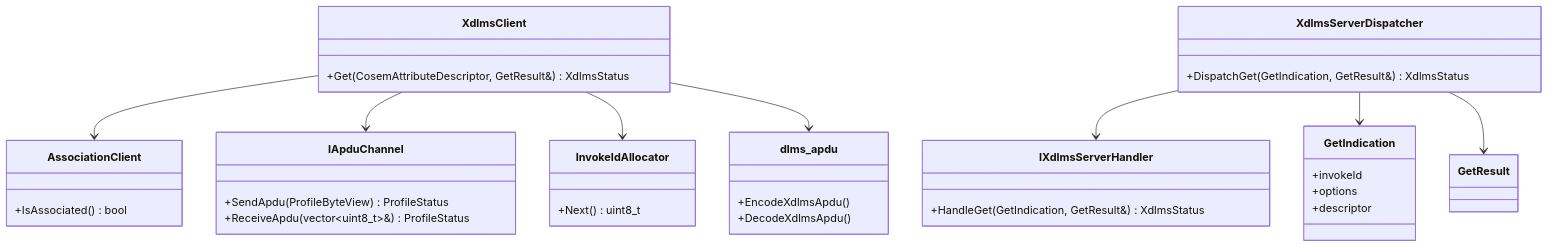
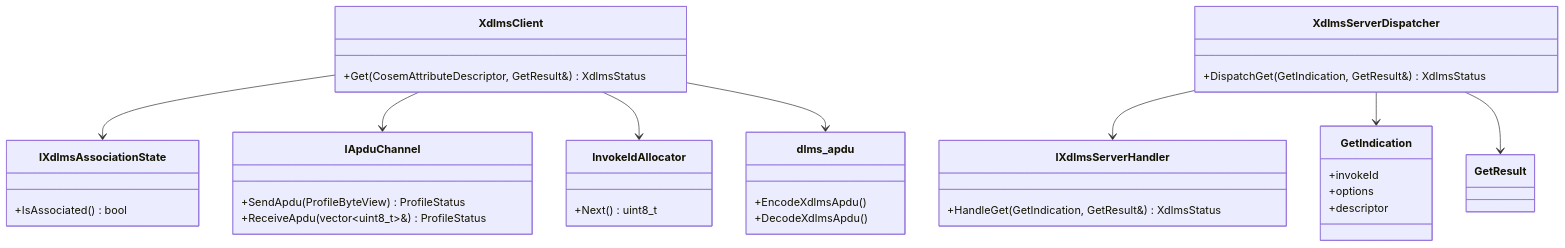
One commit to gvtret/dlms-xdlms changed the third of 14 diagrams in docs/architecture.md. Above: the diagram before and after it, drawn with Mermaid. The commit also changed other lines of this file and 10 other files, not shown here.

First line of the commit message:
feat(xdlms): add abstract association state port

````diff
--- a/docs/architecture.md
+++ b/docs/architecture.md
@@ -45,46 +45,46 @@
 ```mermaid
 classDiagram
   class XdlmsClient {
     +Get(CosemAttributeDescriptor, GetResult&) XdlmsStatus
   }
 
-  class AssociationClient {
+  class IXdlmsAssociationState {
     +IsAssociated() bool
   }
 
   class IApduChannel {
     +SendApdu(ProfileByteView) ProfileStatus
     +ReceiveApdu(vector~uint8_t~&) ProfileStatus
   }
 
   class InvokeIdAllocator {
     +Next() uint8_t
   }
 
   class XdlmsServerDispatcher {
     +DispatchGet(GetIndication, GetResult&) XdlmsStatus
   }
 
   class IXdlmsServerHandler {
     +HandleGet(GetIndication, GetResult&) XdlmsStatus
   }
 
   class GetIndication {
     +invokeId
     +options
     +descriptor
   }
 
   class dlms_apdu {
     +EncodeXdlmsApdu()
     +DecodeXdlmsApdu()
   }
 
-  XdlmsClient --> AssociationClient
+  XdlmsClient --> IXdlmsAssociationState
   XdlmsClient --> IApduChannel
   XdlmsClient --> InvokeIdAllocator
   XdlmsClient --> dlms_apdu
   XdlmsServerDispatcher --> IXdlmsServerHandler
   XdlmsServerDispatcher --> GetIndication
   XdlmsServerDispatcher --> GetResult
 ```
````
